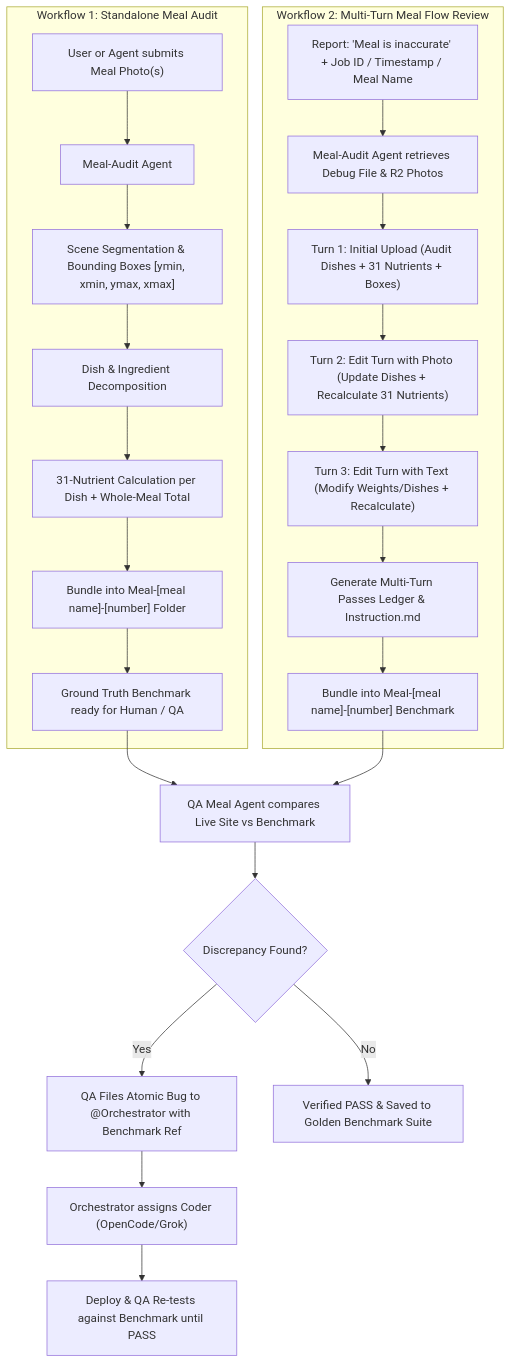
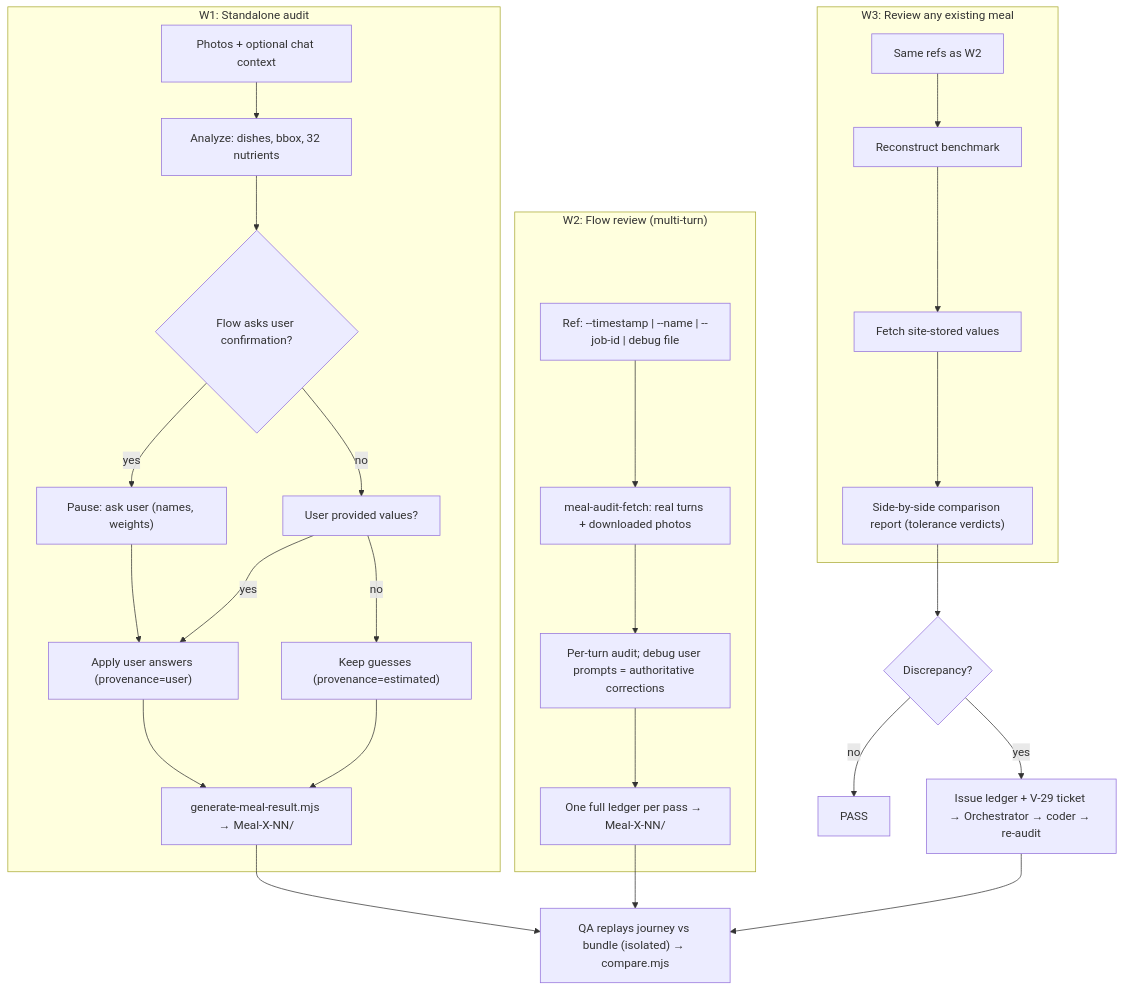
Before and after one commit to cwahli/Health-tracker: the diagram in plan/MEAL_AUDIT_BOT_PLAN.md, drawn with Mermaid. The commit also changed other lines of this file and 13 other files, not shown here.

First line of the commit message:
feat(meal-audit): complete P0–P6 — compare/replay/suite tooling, payload contract, fetcher rewrite, plan v3 DONE

````diff
--- a/plan/MEAL_AUDIT_BOT_PLAN.md
+++ b/plan/MEAL_AUDIT_BOT_PLAN.md
@@ -20,28 +39,30 @@
 ```mermaid
 flowchart TD
-    subgraph W1["Workflow 1: Standalone Meal Audit"]
-        A1["User or Agent submits Meal Photo(s)"] --> B1["Meal-Audit Agent"]
-        B1 --> C1["Scene Segmentation & Bounding Boxes [ymin, xmin, ymax, xmax]"]
-        C1 --> D1["Dish & Ingredient Decomposition"]
-        D1 --> E1["31-Nutrient Calculation per Dish + Whole-Meal Total"]
-        E1 --> F1["Bundle into Meal-[meal name]-[number] Folder"]
-        F1 --> G1["Ground Truth Benchmark ready for Human / QA"]
+    subgraph W1["W1: Standalone audit"]
+        A1["Photos + optional chat context"] --> B1["Analyze: dishes, bbox, 32 nutrients"]
+        B1 --> C1{"Flow asks user confirmation?"}
+        C1 -- yes --> D1["Pause: ask user (names, weights)"]
+        C1 -- no --> E1["User provided values?"]
+        D1 --> F1["Apply user answers (provenance=user)"]
+        E1 -- yes --> F1
+        E1 -- no --> G1["Keep guesses (provenance=estimated)"]
+        F1 --> H1["generate-meal-result.mjs → Meal-X-NN/"]
+        G1 --> H1
     end
-
-    subgraph W2["Workflow 2: Multi-Turn Meal Flow Review"]
-        A2["Report: 'Meal is inaccurate' + Job ID / Timestamp / Meal Name"] --> B2["Meal-Audit Agent retrieves Debug File & R2 Photos"]
-        B2 --> C2["Turn 1: Initial Upload (Audit Dishes + 31 Nutrients + Boxes)"]
-        C2 --> D2["Turn 2: Edit Turn with Photo (Update Dishes + Recalculate 31 Nutrients)"]
-        D2 --> E2["Turn 3: Edit Turn with Text (Modify Weights/Dishes + Recalculate)"]
-        E2 --> F2["Generate Multi-Turn Passes Ledger & Instruction.md"]
-        F2 --> G2["Bundle into Meal-[meal name]-[number] Benchmark"]
+    subgraph W2["W2: Flow review (multi-turn)"]
+        A2["Ref: --timestamp | --name | --job-id | debug file"] --> B2["meal-audit-fetch: real turns + downloaded photos"]
+        B2 --> C2["Per-turn audit; debug user prompts = authoritative corrections"]
+        C2 --> D2["One full ledger per pass → Meal-X-NN/"]
     end
-
-    G1 --> H["QA Meal Agent compares Live Site vs Benchmark"]
-    G2 --> H
-    H --> I{"Discrepancy Found?"}
-    I -- "Yes" --> J["QA Files Atomic Bug to @Orchestrator with Benchmark Ref"]
-    J --> K["Orchestrator assigns Coder (OpenCode/Grok)"]
-    K --> L["Deploy & QA Re-tests against Benchmark until PASS"]
-    I -- "No" --> M["Verified PASS & Saved to Golden Benchmark Suite"]
+    subgraph W3["W3: Review any existing meal"]
+        A3["Same refs as W2"] --> B3["Reconstruct benchmark"]
+        B3 --> C3["Fetch site-stored values"]
+        C3 --> D3["Side-by-side comparison report (tolerance verdicts)"]
+    end
+    H1 --> QA["QA replays journey vs bundle (isolated) → compare.mjs"]
+    D2 --> QA
+    D3 --> LEDGER{"Discrepancy?"}
+    LEDGER -- no --> OK["PASS"]
+    LEDGER -- yes --> ISS["Issue ledger + V-29 ticket → Orchestrator → coder → re-audit"]
+    ISS --> QA
 ```
````
